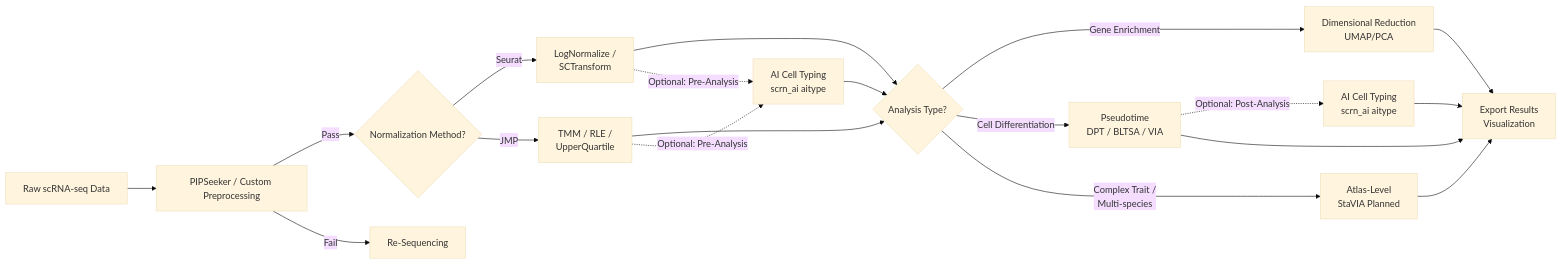
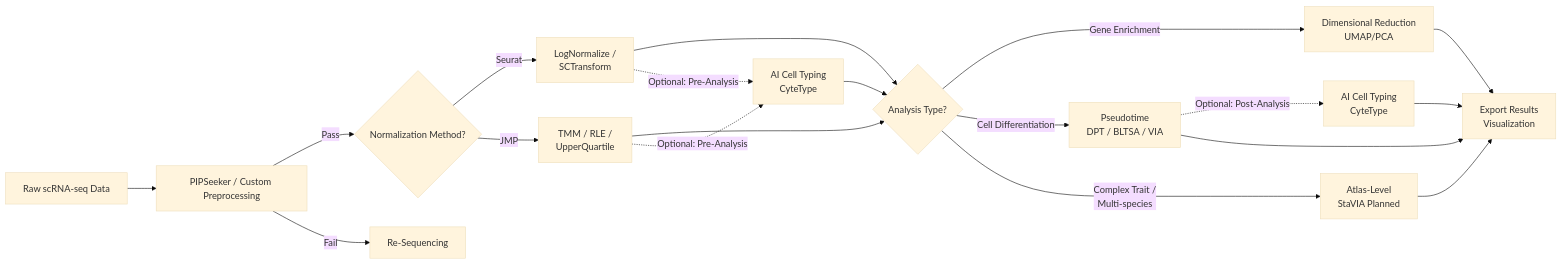
One commit to pgrady1322/scRN_AI changed the diagram in README.md. Above: the diagram before and after it, drawn with Mermaid (base theme). The commit also changed other lines of this file and 11 other files, not shown here.

Commit message:
Replaced OpenAI typing with CyteType

````diff
--- a/README.md
+++ b/README.md
@@ -68,24 +68,24 @@
 ```mermaid
 flowchart LR
     A[Raw scRNA-seq Data] --> B[PIPSeeker / Custom Preprocessing]
     B -- Pass --> C{Normalization Method?}
     B -- Fail --> D[Re-Sequencing]
     C -- Seurat --> E[LogNormalize /<br/>SCTransform]
     C -- JMP --> F[TMM / RLE /<br/>UpperQuartile]
     E --> G{Analysis Type?}
     F --> G
     G -- Gene Enrichment --> H[Dimensional Reduction<br/>UMAP/PCA]
     G -- Cell Differentiation --> I[Pseudotime<br/>DPT / BLTSA / VIA]
     G -- Complex Trait /<br/>Multi-species --> J[Atlas-Level<br/>StaVIA Planned]
     
     %% AItyping integration (NEW)
-    E -.Optional: Pre-Analysis.-> AI[AI Cell Typing<br/>scrn_ai aitype]
+    E -.Optional: Pre-Analysis.-> AI[AI Cell Typing<br/>CyteType]
     F -.Optional: Pre-Analysis.-> AI
     AI --> G
-    I -.Optional: Post-Analysis.-> AI2[AI Cell Typing<br/>scrn_ai aitype]
+    I -.Optional: Post-Analysis.-> AI2[AI Cell Typing<br/>CyteType]
     AI2 --> K
     
     H --> K[Export Results<br/>Visualization]
     I --> K
     J --> K
 ```
````
